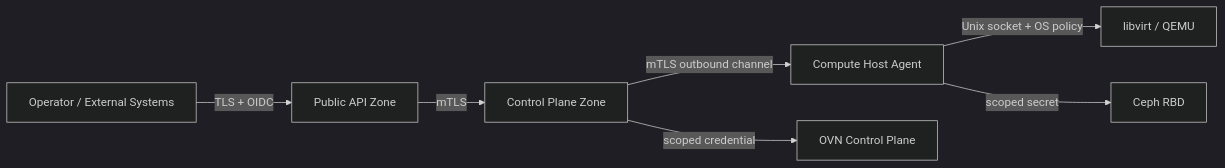
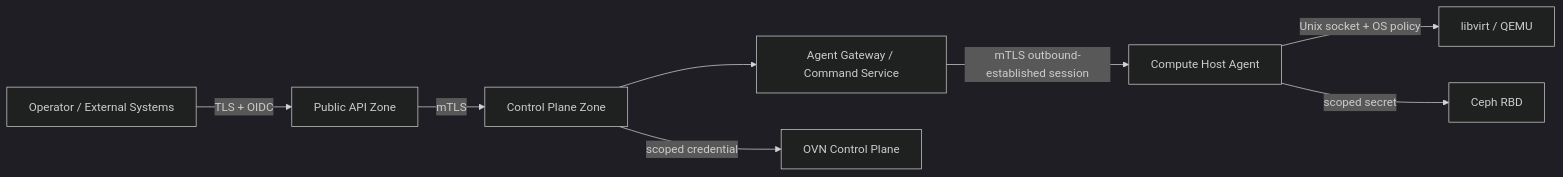
One commit to si32288564/kvm-infrastructure-manager changed the diagram in docs/security.md. Above: the diagram before and after it, drawn with Mermaid (dark theme). The commit also changed other lines of this file and 32 other files, not shown here.

Commit message:
docs: strengthen phase 0 architecture baseline

````diff
--- a/docs/security.md
+++ b/docs/security.md
@@ -16,9 +16,10 @@
 ```mermaid
 flowchart LR
     Internet["Operator / External Systems"] -->|TLS + OIDC| API["Public API Zone"]
     API -->|mTLS| CP["Control Plane Zone"]
-    CP -->|mTLS outbound channel| Agent["Compute Host Agent"]
+    CP --> Gateway["Agent Gateway / Command Service"]
+    Gateway -->|mTLS outbound-established session| Agent["Compute Host Agent"]
     Agent -->|Unix socket + OS policy| Libvirt["libvirt / QEMU"]
     CP -->|scoped credential| OVN["OVN Control Plane"]
     Agent -->|scoped secret| Ceph["Ceph RBD"]
 ```
````
